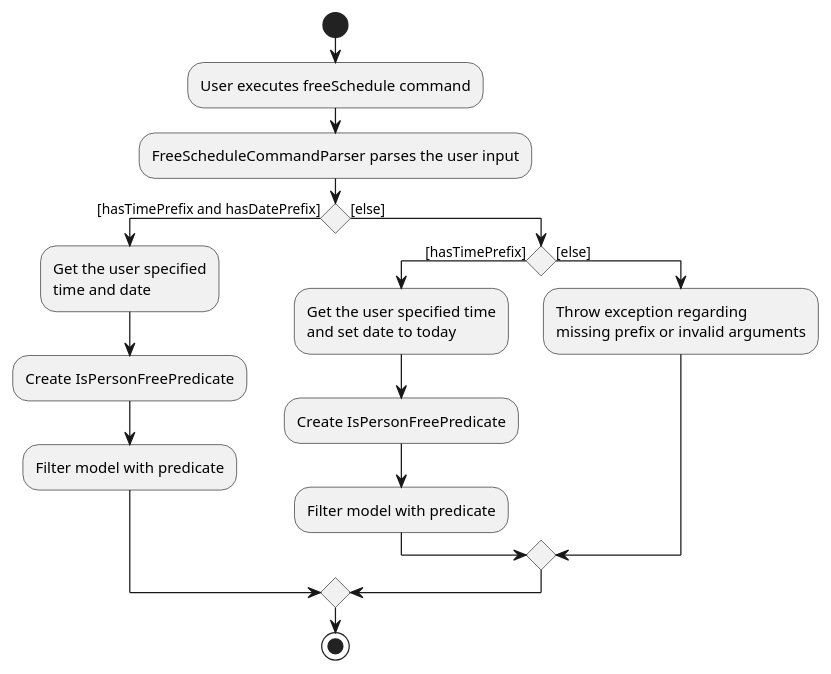
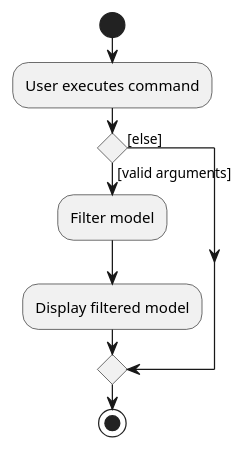
Before and after one commit to vishandi/tp: the diagram in docs/diagrams/FreeScheduleActivityDiagram.puml, drawn with PlantUML. The commit also changed 1 other file, not shown here.

Commit message:
Modify freeSchedule activity diagram to be more abstract

```diff
--- a/docs/diagrams/FreeScheduleActivityDiagram.puml
+++ b/docs/diagrams/FreeScheduleActivityDiagram.puml
@@ -1,24 +1,12 @@
 @startuml
 start
-:User executes freeSchedule command;
+:User executes command;
 
-:FreeScheduleCommandParser parses the user input;
+if () then ([valid arguments])
+    :Filter model;
+    :Display filtered model;
+else ([else])
 
-if () then ([hasTimePrefix and hasDatePrefix])
-    :Get the user specified
-    time and date;
-    :Create IsPersonFreePredicate;
-    :Filter model with predicate;
-else ([else])
-    if () then ([hasTimePrefix])
-    :Get the user specified time
-    and set date to today;
-    :Create IsPersonFreePredicate;
-    :Filter model with predicate;
-    else ([else])
-    :Throw exception regarding
-    missing prefix or invalid arguments;
-    endif
 endif
 stop
 @enduml
```
